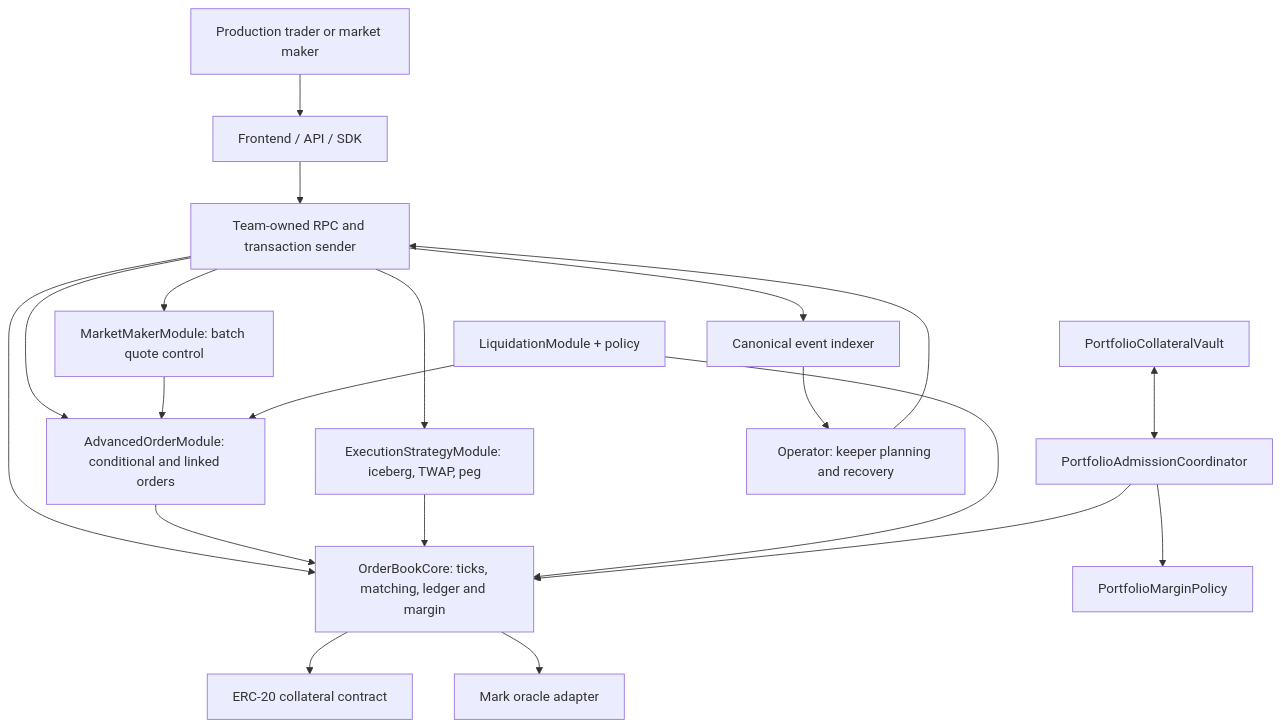
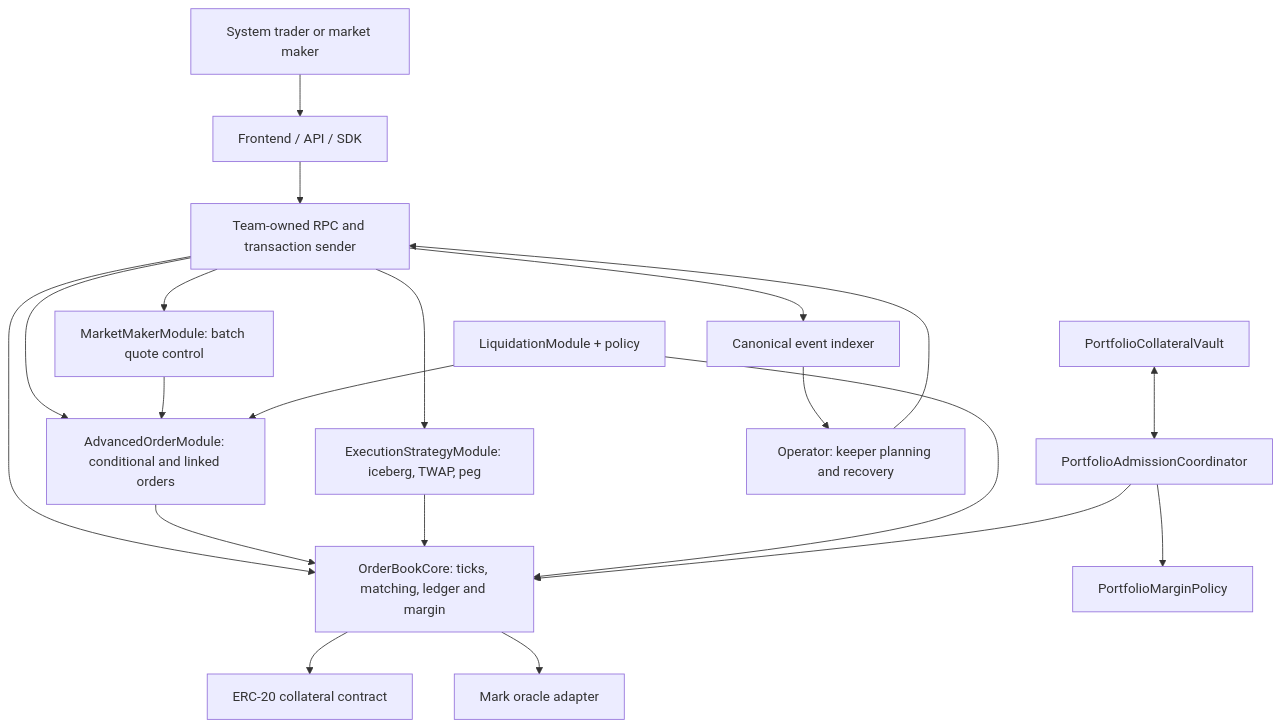
Before and after one commit to en0ma/order-book: the first of 4 diagrams in docs/PRODUCTION_SYSTEM_ARCHITECTURE.md, drawn with Mermaid. The commit also changed other lines of this file, not shown here.

Commit message:
docs: remove repetitive readiness marketing wording from docs/PRODUCTION_SYSTEM_ARCHITECTURE.md

````diff
--- a/docs/PRODUCTION_SYSTEM_ARCHITECTURE.md
+++ b/docs/PRODUCTION_SYSTEM_ARCHITECTURE.md
@@ -9,22 +9,22 @@
 ```mermaid
 flowchart TD
-    T["Production trader or market maker"] --> UI["Frontend / API / SDK"]
+    T["System trader or market maker"] --> UI["Frontend / API / SDK"]
     UI --> RPC["Team-owned RPC and transaction sender"]
     RPC --> CORE["OrderBookCore: ticks, matching, ledger and margin"]
     RPC --> ADV["AdvancedOrderModule: conditional and linked orders"]
     RPC --> STR["ExecutionStrategyModule: iceberg, TWAP, peg"]
     RPC --> MM["MarketMakerModule: batch quote control"]
     ADV --> CORE
     STR --> CORE
     MM --> ADV
     CORE --> TOKEN["ERC-20 collateral contract"]
     CORE --> ORACLE["Mark oracle adapter"]
     LIQ["LiquidationModule + policy"] --> CORE
     LIQ --> ADV
     VAULT["PortfolioCollateralVault"] <--> PAC["PortfolioAdmissionCoordinator"]
     PAC --> CORE
     PAC --> PM["PortfolioMarginPolicy"]
     RPC --> IDX["Canonical event indexer"]
     IDX --> OPS["Operator: keeper planning and recovery"]
     OPS --> RPC
 ```
````
